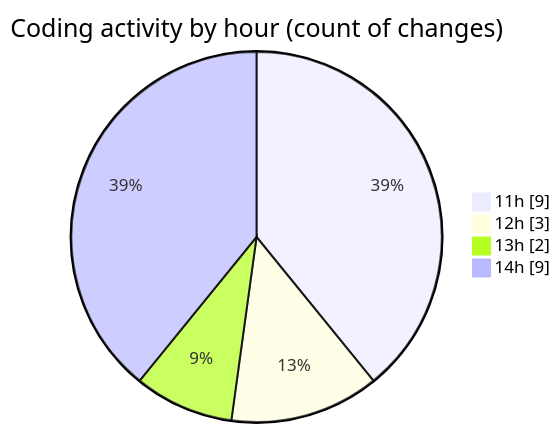
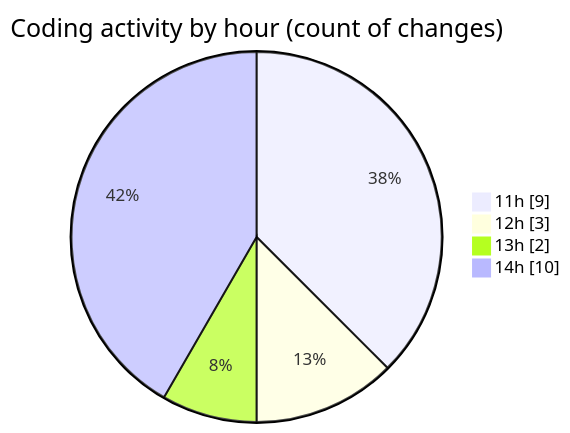
Before and after one commit to CELIANVF/code-tracking: the second of 2 diagrams in 2025-01-21/monteur_automatique/README.md, drawn with Mermaid. The commit also changed other lines of this file and 1 other file, not shown here.

````diff
--- a/2025-01-21/monteur_automatique/README.md
+++ b/2025-01-21/monteur_automatique/README.md
@@ -32,8 +32,8 @@
 ```mermaid
 pie showData
 title Coding activity by hour (count of changes)
 "11h" : 9
 "12h" : 3
 "13h" : 2
-"14h" : 9
+"14h" : 10
 ```
````
